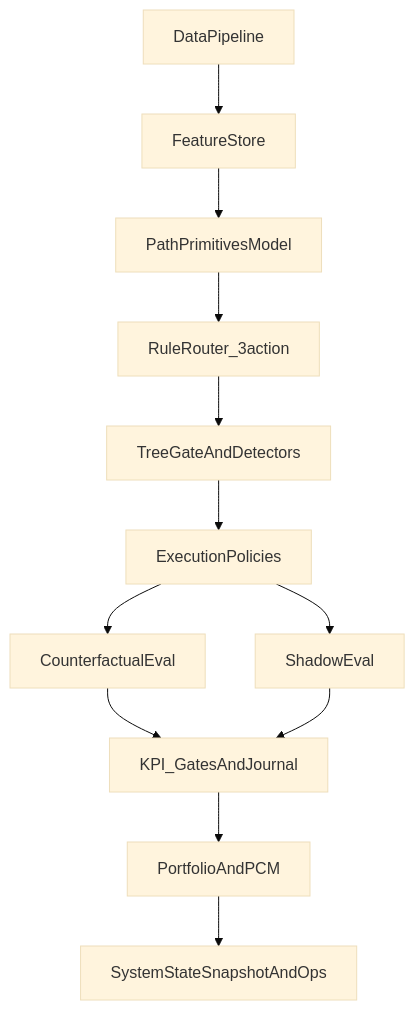
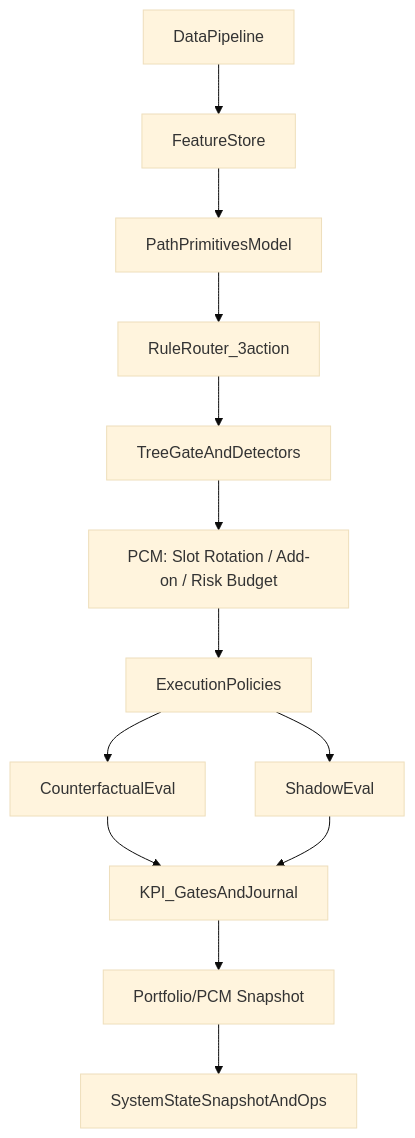
Before and after one commit to SnYang096/ml-trading-bot: the second of 3 diagrams in docs/ARCHITECTURE.md, drawn with Mermaid (base theme). The commit also changed other lines of this file and 192 other files, not shown here.

````diff
--- a/docs/ARCHITECTURE.md
+++ b/docs/ARCHITECTURE.md
@@ -193,14 +253,15 @@
 ```mermaid
 flowchart TD
   Data[DataPipeline] --> FS[FeatureStore]
   FS --> Model[PathPrimitivesModel]
   Model --> Router[RuleRouter_3action]
   Router --> Gate[TreeGateAndDetectors]
-  Gate --> Exec[ExecutionPolicies]
+  Gate --> PCM[PCM: Slot Rotation / Add-on / Risk Budget]
+  PCM --> Exec[ExecutionPolicies]
   Exec --> CF[CounterfactualEval]
   Exec --> Shadow[ShadowEval]
   CF --> KPI[KPI_GatesAndJournal]
   Shadow --> KPI
-  KPI --> PCM[PortfolioAndPCM]
-  PCM --> Ops[SystemStateSnapshotAndOps]
+  KPI --> PCM2[Portfolio/PCM Snapshot]
+  PCM2 --> Ops[SystemStateSnapshotAndOps]
 ```
````
